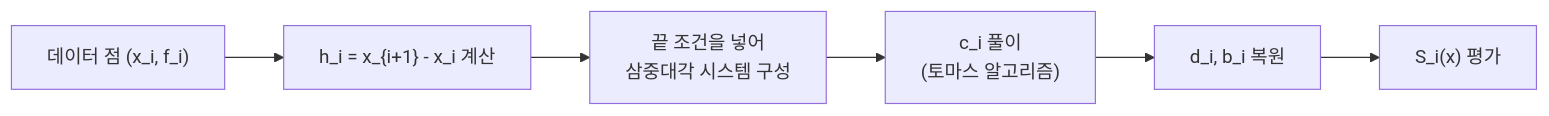
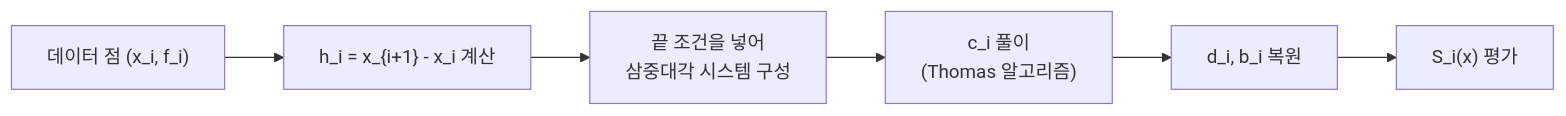
The diagram in Lecture-Notes/Ch18_Splines/Concepts_Lecture.ko.md (Choroning/26Spring_Numerical-Analysis), drawn with Mermaid before and after one commit. The commit also changed other lines of this file and 44 other files, not shown here.

````diff
--- a/Lecture-Notes/Ch18_Splines/Concepts_Lecture.ko.md
+++ b/Lecture-Notes/Ch18_Splines/Concepts_Lecture.ko.md
@@ -592,8 +592,8 @@
 ```mermaid
 flowchart LR
     A["데이터 점 (x_i, f_i)"] --> B["h_i = x_{i+1} - x_i 계산"]
     B --> C["끝 조건을 넣어<br>삼중대각 시스템 구성"]
-    C --> D["c_i 풀이<br>(토마스 알고리즘)"]
+    C --> D["c_i 풀이<br>(Thomas 알고리즘)"]
     D --> E["d_i, b_i 복원"]
     E --> F["S_i(x) 평가"]
 ```
````
